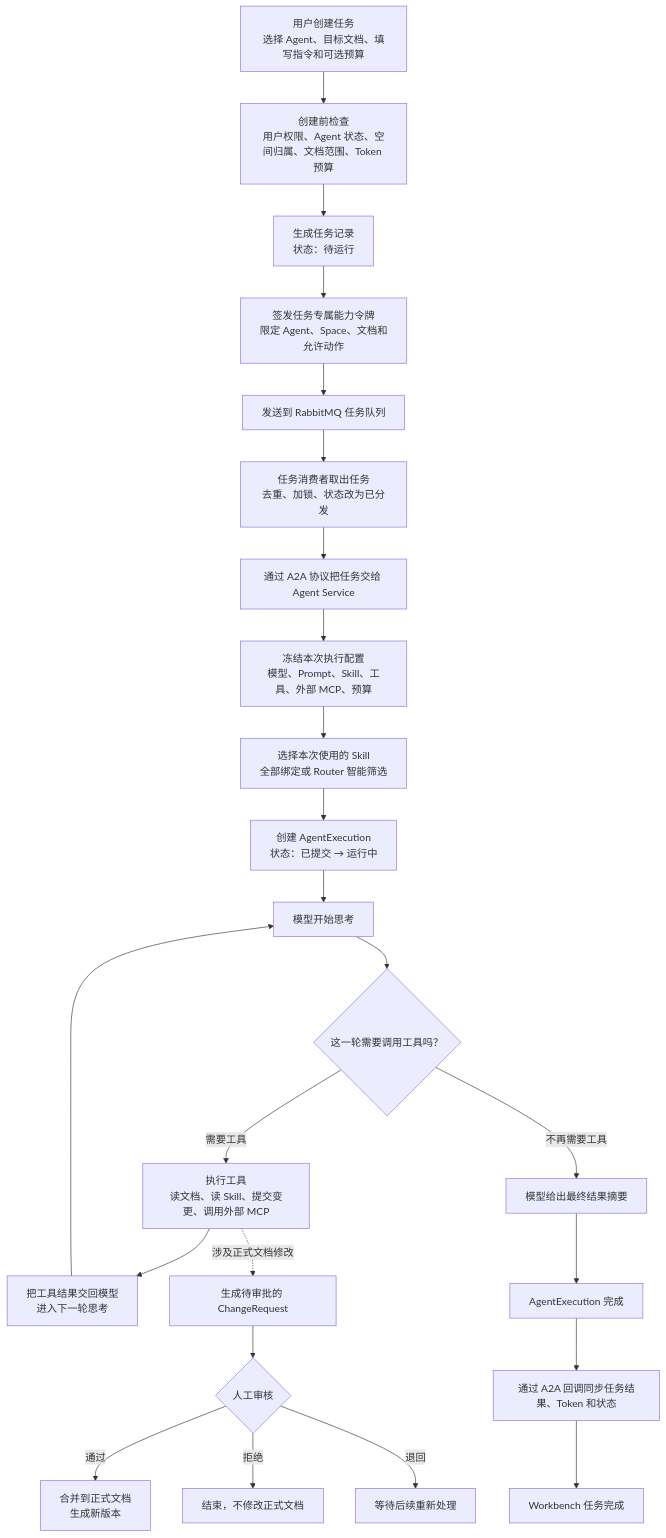
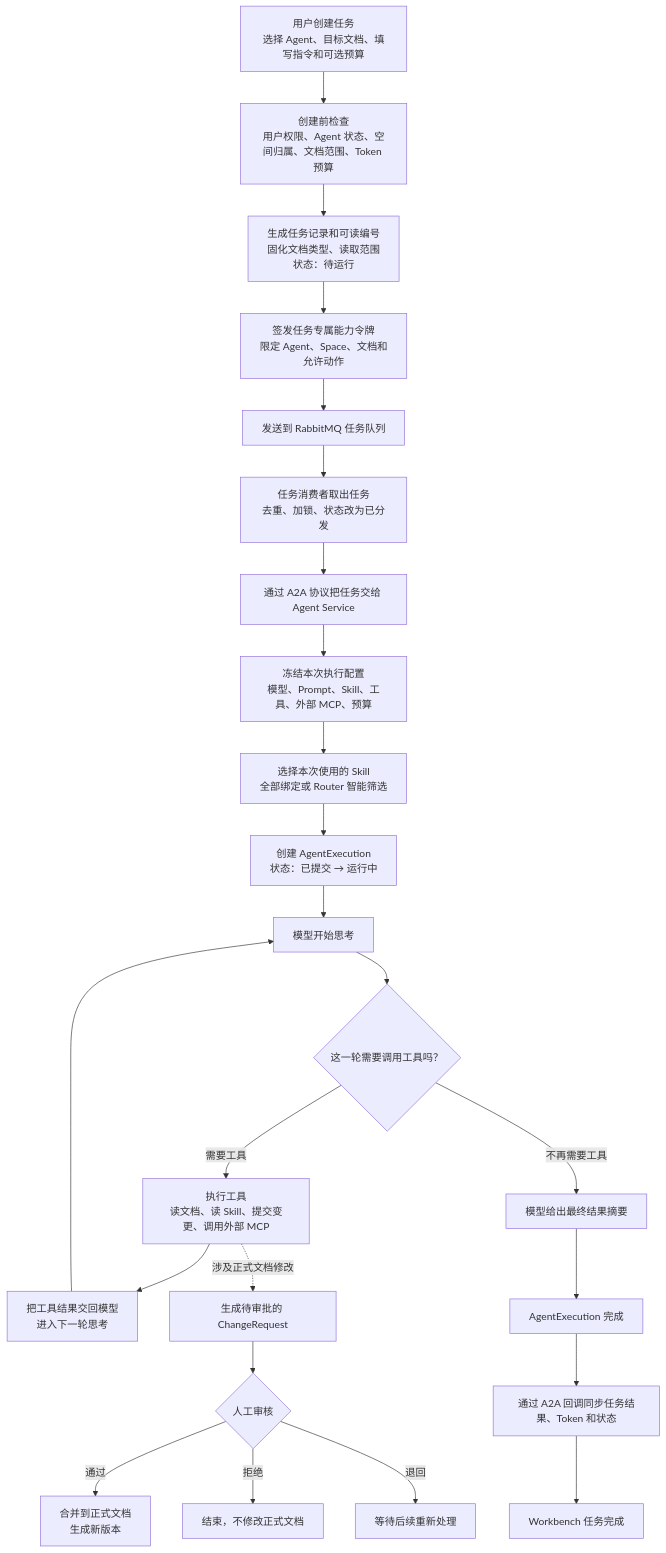
The first of 2 diagrams in docs/agent-task-execution-guide.md (xiaowu0203/Agent-Doc-Workbench), drawn with Mermaid before and after one commit. The commit also changed other lines of this file and 65 other files, not shown here.

````diff
--- a/docs/agent-task-execution-guide.md
+++ b/docs/agent-task-execution-guide.md
@@ -11,31 +13,31 @@
 ```mermaid
 flowchart TD
     A["用户创建任务<br/>选择 Agent、目标文档、填写指令和可选预算"]
     B["创建前检查<br/>用户权限、Agent 状态、空间归属、文档范围、Token 预算"]
-    C["生成任务记录<br/>状态：待运行"]
+    C["生成任务记录和可读编号<br/>固化文档类型、读取范围<br/>状态：待运行"]
     D["签发任务专属能力令牌<br/>限定 Agent、Space、文档和允许动作"]
     E["发送到 RabbitMQ 任务队列"]
     F["任务消费者取出任务<br/>去重、加锁、状态改为已分发"]
     G["通过 A2A 协议把任务交给 Agent Service"]
     H["冻结本次执行配置<br/>模型、Prompt、Skill、工具、外部 MCP、预算"]
     I["选择本次使用的 Skill<br/>全部绑定或 Router 智能筛选"]
     J["创建 AgentExecution<br/>状态：已提交 → 运行中"]
     K["模型开始思考"]
     L{"这一轮需要调用工具吗？"}
     M["执行工具<br/>读文档、读 Skill、提交变更、调用外部 MCP"]
     N["把工具结果交回模型<br/>进入下一轮思考"]
     O["模型给出最终结果摘要"]
     P["AgentExecution 完成"]
     Q["通过 A2A 回调同步任务结果、Token 和状态"]
     R["Workbench 任务完成"]
 
     A --> B --> C --> D --> E --> F --> G --> H --> I --> J --> K --> L
     L -- "需要工具" --> M --> N --> K
     L -- "不再需要工具" --> O --> P --> Q --> R
 
     M -. "涉及正式文档修改" .-> S["生成待审批的 ChangeRequest"]
     S --> T{"人工审核"}
     T -- "通过" --> U["合并到正式文档<br/>生成新版本"]
     T -- "拒绝" --> V["结束，不修改正式文档"]
     T -- "退回" --> W["等待后续重新处理"]
 ```
````
